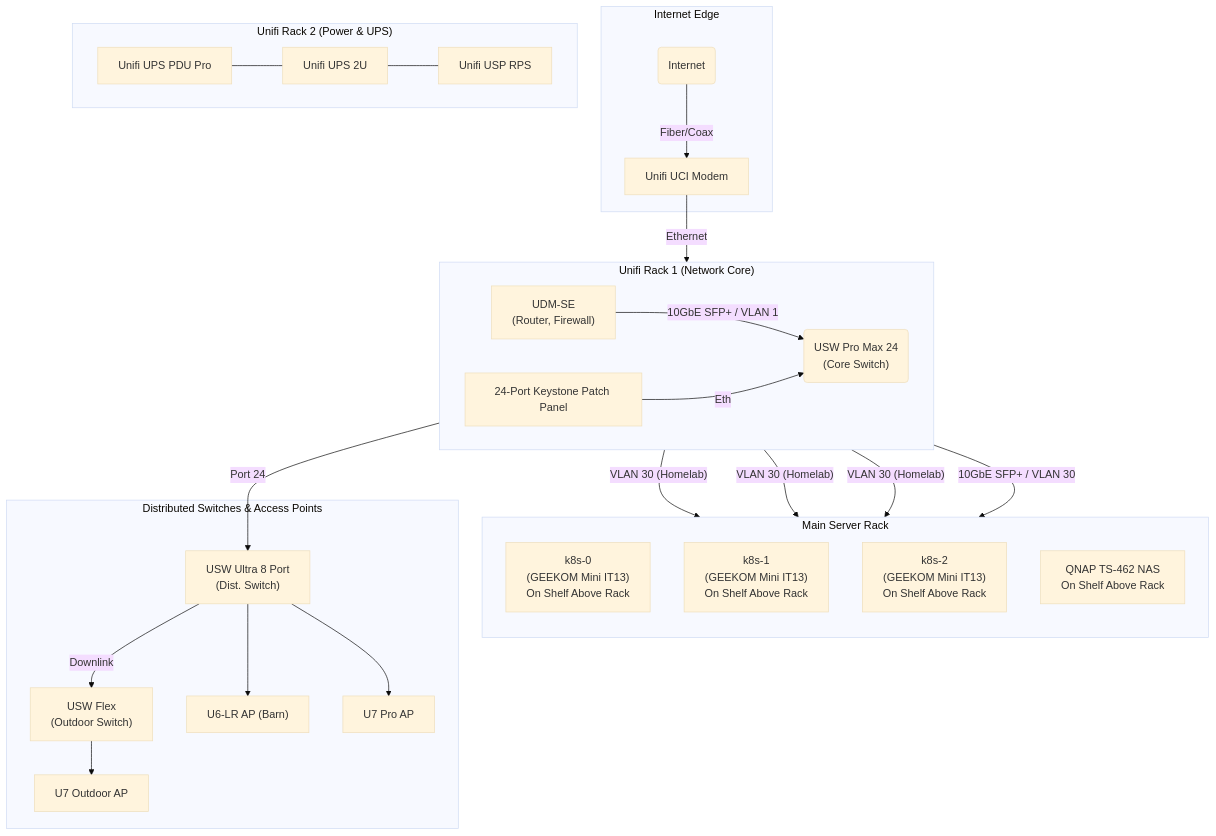
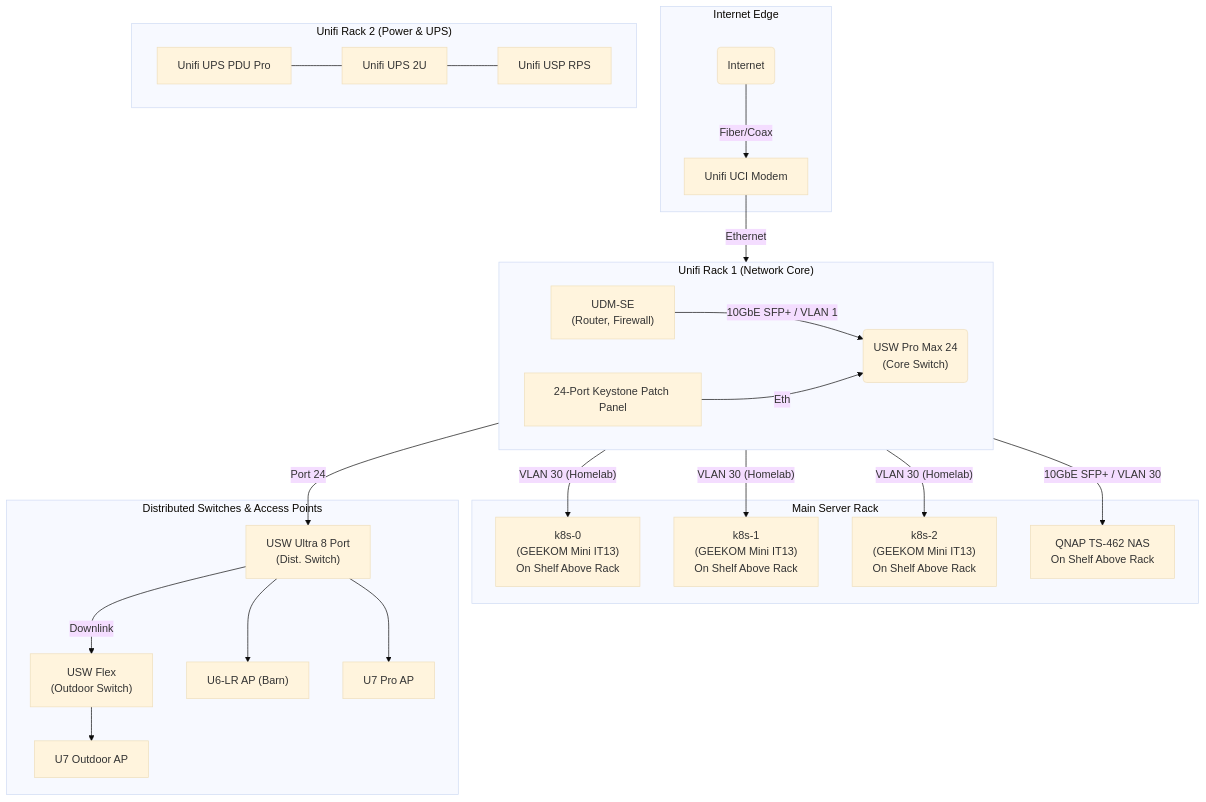
One commit to dmfrey/home-gitops changed the diagram in infrastructure.md. Above: the diagram before and after it, drawn with Mermaid (base theme).

Commit message:
update infrastructure

````diff
--- a/infrastructure.md
+++ b/infrastructure.md
@@ -5,73 +5,72 @@
 ```mermaid
 graph TD
     subgraph "Internet Edge"
         I(Internet)
         UCI[Unifi UCI Modem]
     end
 
     subgraph "Unifi Rack 1 (Network Core)"
         direction LR
         UDMSE["UDM-SE
 (Router, Firewall)"]
         PatchPanel["24-Port Keystone Patch Panel"]
         USWPM24("USW Pro Max 24
 (Core Switch)")
     end
 
     subgraph "Unifi Rack 2 (Power & UPS)"
         direction LR
         PDU["Unifi UPS PDU Pro"]
         UPS["Unifi UPS 2U"]
         RPS["Unifi USP RPS"]
     end
 
     subgraph "Main Server Rack"
-        direction TD
         k8s0["k8s-0
 (GEEKOM Mini IT13)
 On Shelf Above Rack"]
         k8s1["k8s-1
 (GEEKOM Mini IT13)
 On Shelf Above Rack"]
         k8s2["k8s-2
 (GEEKOM Mini IT13)
 On Shelf Above Rack"]
         QNAP["QNAP TS-462 NAS
 On Shelf Above Rack"]
     end
 
     subgraph "Distributed Switches & Access Points"
         USWUltra8["USW Ultra 8 Port
 (Dist. Switch)"]
         USWFlex["USW Flex
 (Outdoor Switch)"]
         U6LR["U6-LR AP"]
         U7Pro["U7 Pro AP"]
         U7Outdoor["U7 Outdoor AP"]
     end
 
     %% --- Internet Edge Connections ---
     I -- "Fiber/Coax" --> UCI
     UCI -- "Ethernet" --> UDMSE
 
     %% --- Unifi Rack 1 Internal Connections ---
     UDMSE -- "10GbE SFP+ / VLAN 1" --> USWPM24
     PatchPanel -- "Eth" --> USWPM24
 
     %% --- Inter-Rack Connections (Main Switch to Servers/NAS) ---
     USWPM24 -- "VLAN 30 (Homelab)" --> k8s0
     USWPM24 -- "VLAN 30 (Homelab)" --> k8s1
     USWPM24 -- "VLAN 30 (Homelab)" --> k8s2
     USWPM24 -- "10GbE SFP+ / VLAN 30" --> QNAP
 
     %% --- Power Connections (Conceptual) ---
     PDU --- UPS
     UPS --- RPS
 
     %% --- Distributed Network ---
     USWPM24 -- "Port 24" --> USWUltra8
     USWUltra8 -- "Downlink" --> USWFlex
     USWUltra8 --> U7Pro
     USWUltra8 --> U6LR["U6-LR AP (Barn)"]
     USWFlex --> U7Outdoor["U7 Outdoor AP"]
 ```
````
